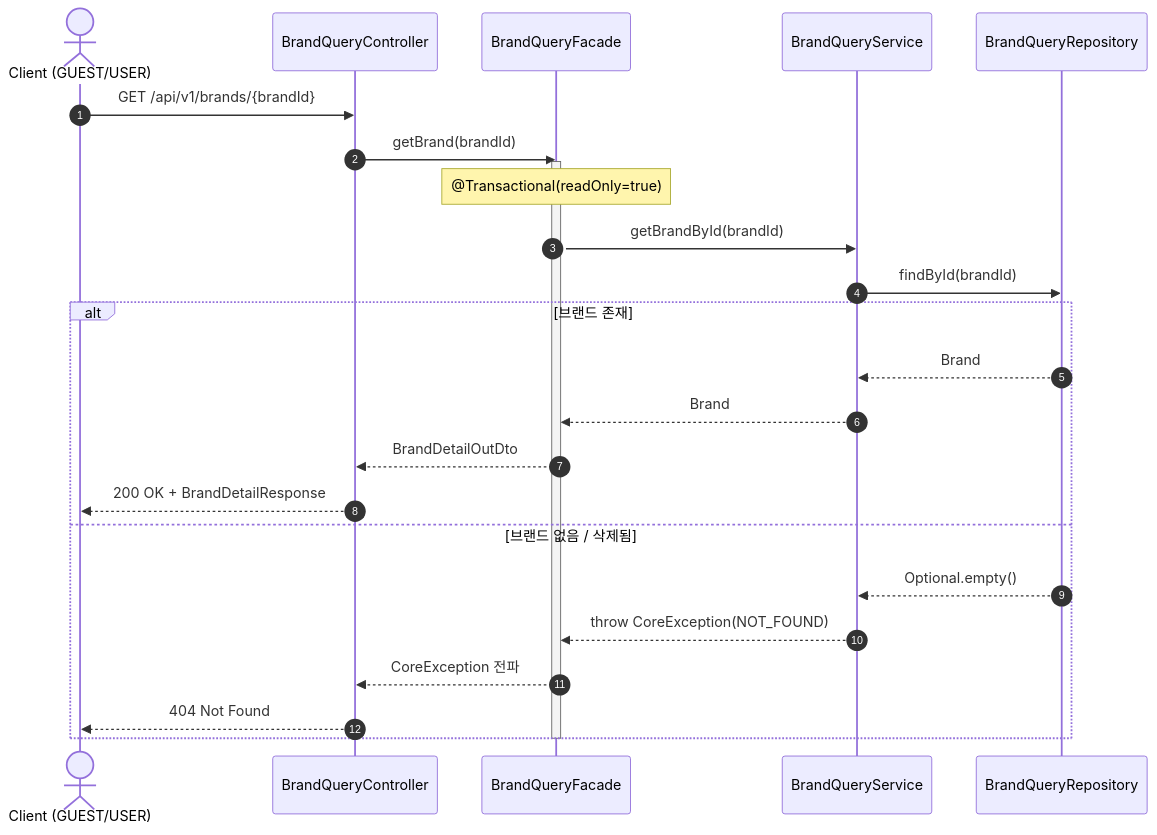
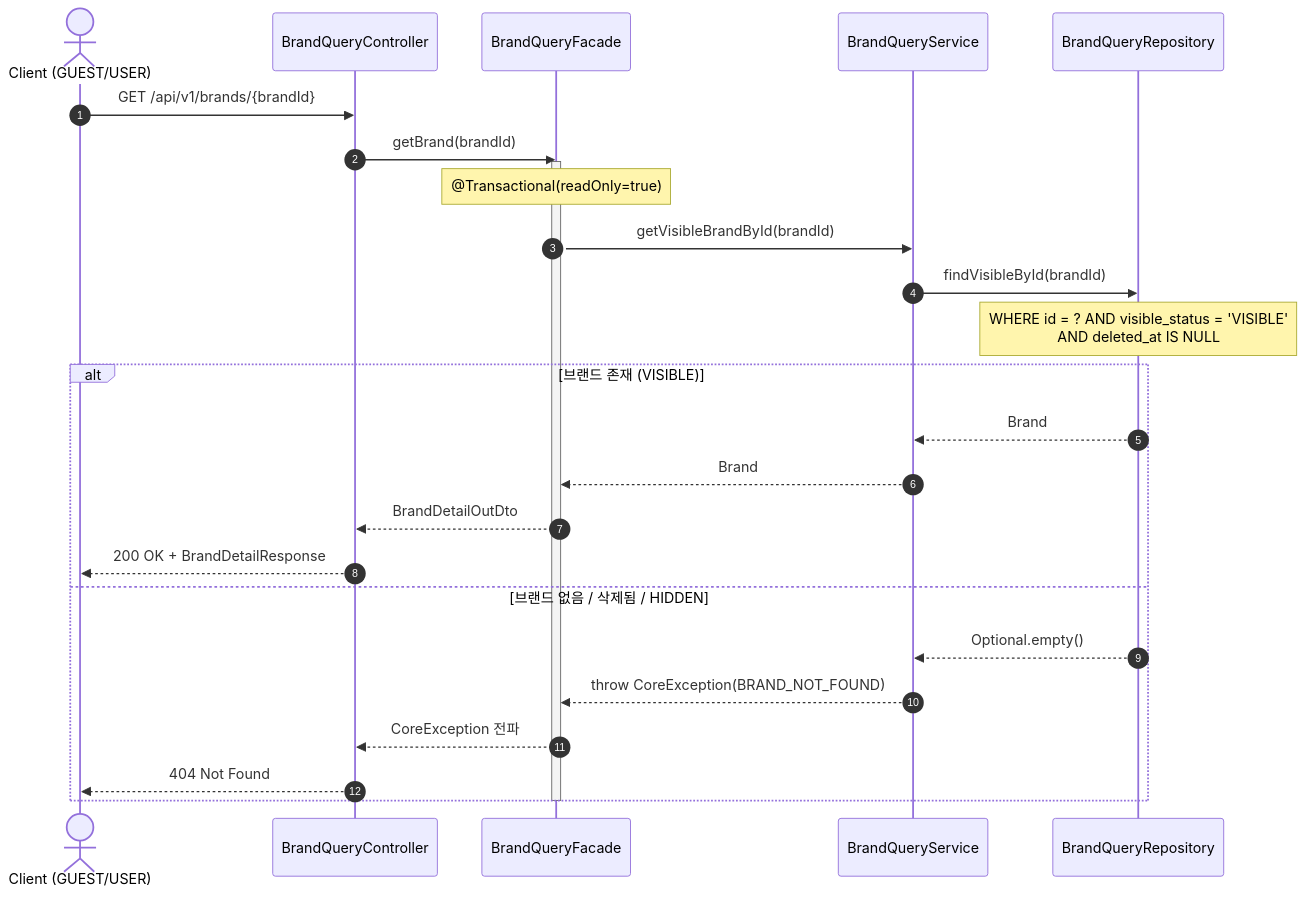
One commit to Hwan0518/loop-pack-be-l2-vol3-java changed the second of 30 diagrams in docs/design/02-sequence-diagrams.md. Above: the diagram before and after it, drawn with Mermaid. The commit also changed other lines of this file and 474 other files, not shown here.

````diff
--- a/docs/design/02-sequence-diagrams.md
+++ b/docs/design/02-sequence-diagrams.md
@@ -188,29 +198,30 @@
 ```mermaid
 sequenceDiagram
     autonumber
     actor Client as Client (GUEST/USER)
     participant Controller as BrandQueryController
     participant Facade as BrandQueryFacade
     participant Service as BrandQueryService
     participant Repository as BrandQueryRepository
 
     Client->>Controller: GET /api/v1/brands/{brandId}
     Controller->>Facade: getBrand(brandId)
     activate Facade
     Note over Facade: @Transactional(readOnly=true)
-    Facade->>Service: getBrandById(brandId)
-    Service->>Repository: findById(brandId)
+    Facade->>Service: getVisibleBrandById(brandId)
+    Service->>Repository: findVisibleById(brandId)
+    Note over Repository: WHERE id = ? AND visible_status = 'VISIBLE'<br/>AND deleted_at IS NULL
 
-    alt 브랜드 존재
+    alt 브랜드 존재 (VISIBLE)
         Repository-->>Service: Brand
         Service-->>Facade: Brand
         Facade-->>Controller: BrandDetailOutDto
         Controller-->>Client: 200 OK + BrandDetailResponse
-    else 브랜드 없음 / 삭제됨
+    else 브랜드 없음 / 삭제됨 / HIDDEN
         Repository-->>Service: Optional.empty()
-        Service-->>Facade: throw CoreException(NOT_FOUND)
+        Service-->>Facade: throw CoreException(BRAND_NOT_FOUND)
         Facade-->>Controller: CoreException 전파
         Controller-->>Client: 404 Not Found
     end
     deactivate Facade
 ```
````
